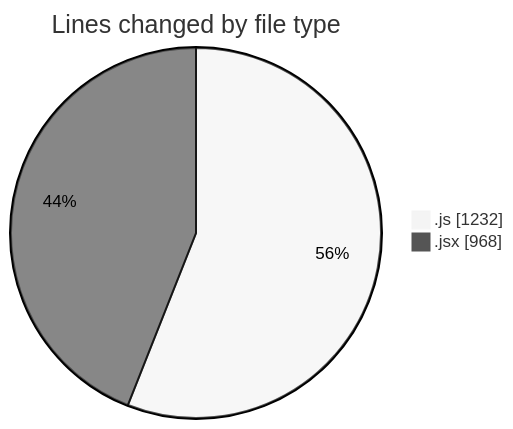
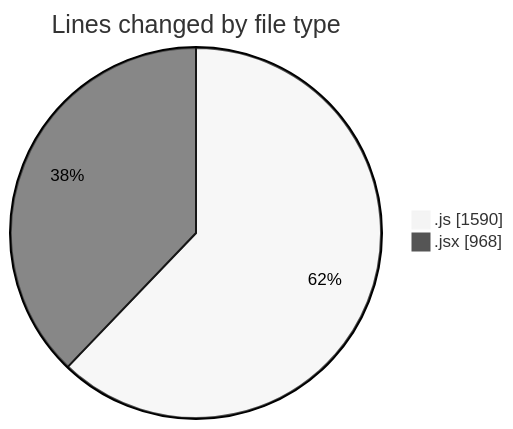
The first of 2 diagrams in 2025-09-18/nxtqube_webapp/README.md (nxtqubesakshisongat/code-tracking), drawn with Mermaid (neutral theme) before and after one commit. The commit also changed other lines of this file and 1 other file, not shown here.

````diff
--- a/2025-09-18/nxtqube_webapp/README.md
+++ b/2025-09-18/nxtqube_webapp/README.md
@@ -23,6 +25,6 @@
 ```mermaid
 pie showData
 title Lines changed by file type
-".js" : 1232
+".js" : 1590
 ".jsx" : 968
 ```
````
